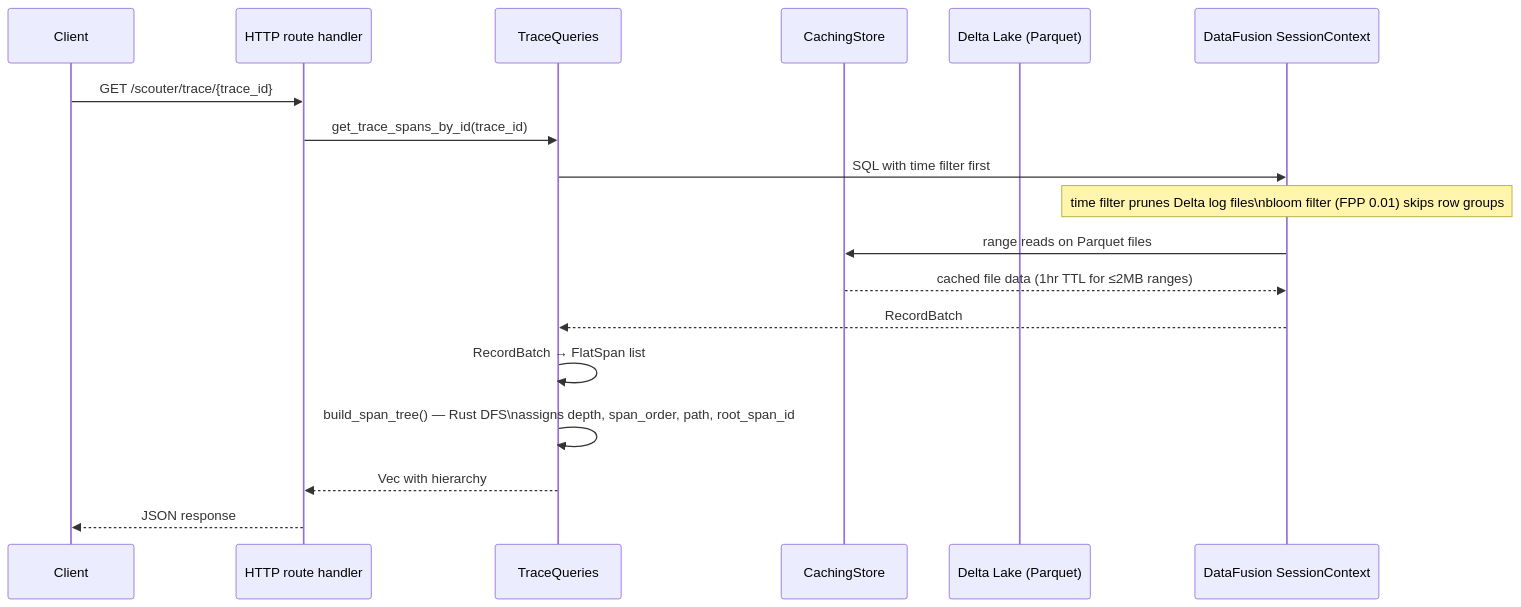
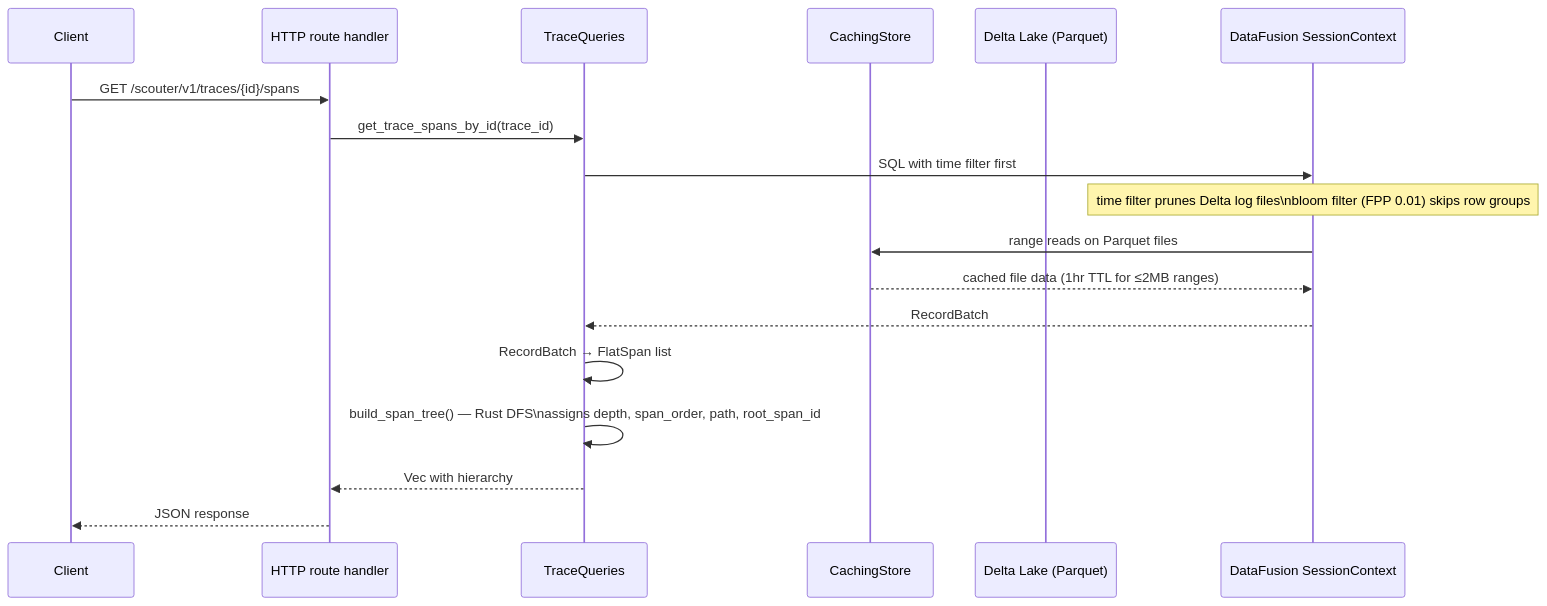
Before and after one commit to demml/scouter: the seventh of 8 diagrams in docs/src/content/docs/architecture/overview.mdx, drawn with Mermaid. The commit also changed other lines of this file and 57 other files, not shown here.

````diff
--- a/docs/src/content/docs/architecture/overview.mdx
+++ b/docs/src/content/docs/architecture/overview.mdx
@@ -270,21 +301,21 @@
 ```mermaid
 sequenceDiagram
     participant CL as Client
     participant RT as HTTP route handler
     participant TQ as TraceQueries
     participant CS as CachingStore
     participant DL as Delta Lake (Parquet)
     participant DF as DataFusion SessionContext
 
-    CL->>RT: GET /scouter/trace/{trace_id}
+    CL->>RT: GET /scouter/v1/traces/{id}/spans
     RT->>TQ: get_trace_spans_by_id(trace_id)
     TQ->>DF: SQL with time filter first
     Note over DF: time filter prunes Delta log files\nbloom filter (FPP 0.01) skips row groups
     DF->>CS: range reads on Parquet files
     CS-->>DF: cached file data (1hr TTL for ≤2MB ranges)
     DF-->>TQ: RecordBatch
     TQ->>TQ: RecordBatch → FlatSpan list
     TQ->>TQ: build_span_tree() — Rust DFS\nassigns depth, span_order, path, root_span_id
     TQ-->>RT: Vec with hierarchy
     RT-->>CL: JSON response
 ```
````
